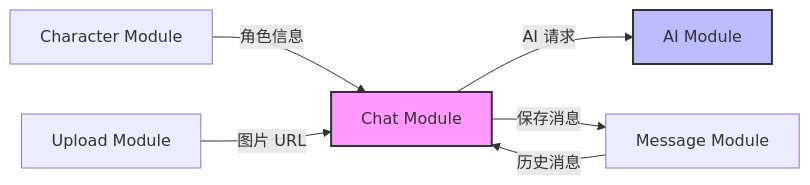
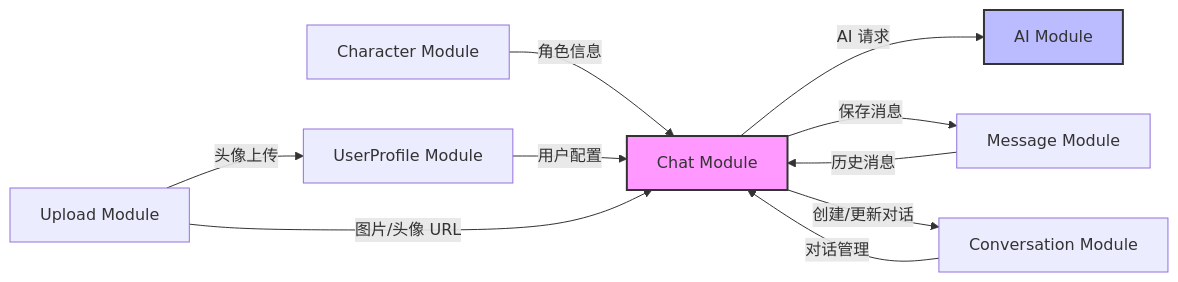
The second of 3 diagrams in README.md (yangzhao917/chat-platform), drawn with Mermaid before and after one commit. The commit also changed other lines of this file and 52 other files, not shown here.

````diff
--- a/README.md
+++ b/README.md
@@ -140,11 +159,15 @@
 ```mermaid
 graph LR
-    A[Character Module] -->|角色信息| C[Chat Module]
-    B[Message Module] -->|历史消息| C
-    C -->|AI 请求| D[AI Module]
-    E[Upload Module] -->|图片 URL| C
-    C -->|保存消息| B
+    A[Character Module] -->|角色信息| E[Chat Module]
+    B[Message Module] -->|历史消息| E
+    C[Conversation Module] -->|对话管理| E
+    D[UserProfile Module] -->|用户配置| E
+    E -->|AI 请求| F[AI Module]
+    G[Upload Module] -->|图片/头像 URL| E
+    G -->|头像上传| D
+    E -->|保存消息| B
+    E -->|创建/更新对话| C
 
-    style C fill:#f9f,stroke:#333,stroke-width:2px
-    style D fill:#bbf,stroke:#333,stroke-width:2px
+    style E fill:#f9f,stroke:#333,stroke-width:2px
+    style F fill:#bbf,stroke:#333,stroke-width:2px
 ```
````
